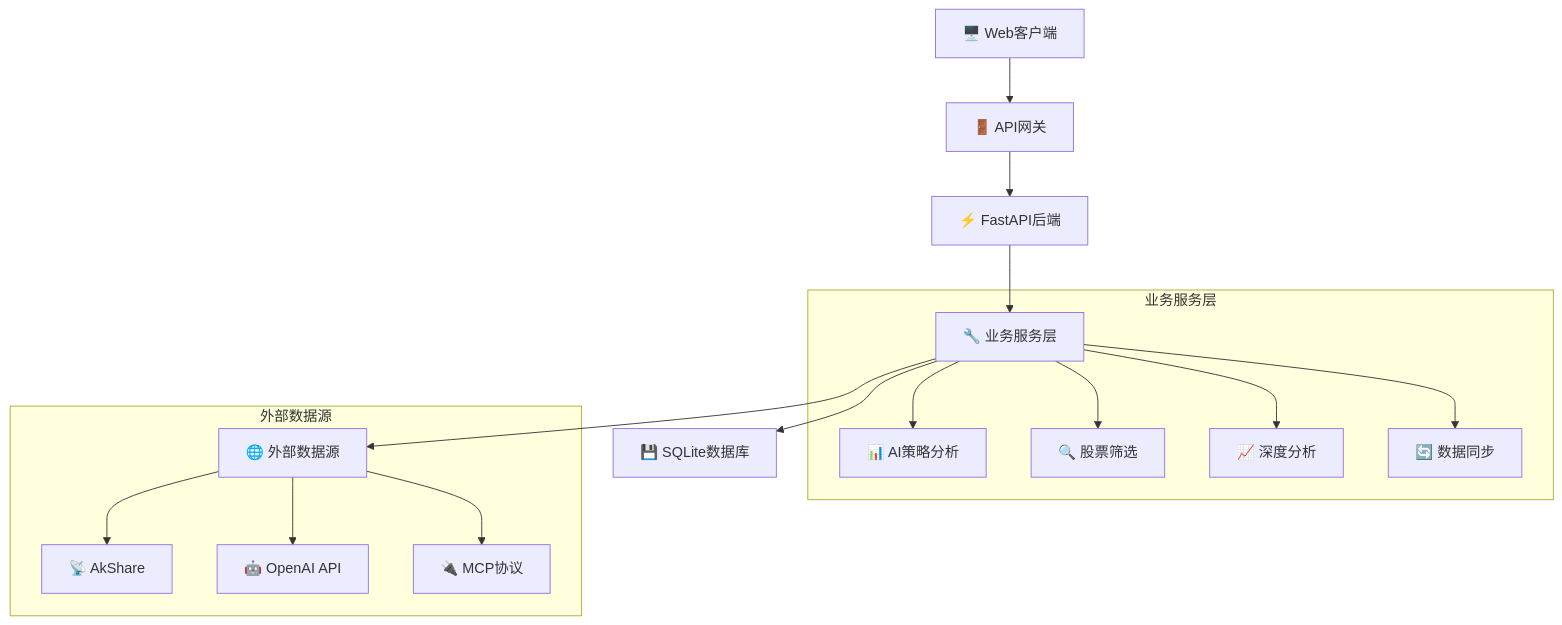
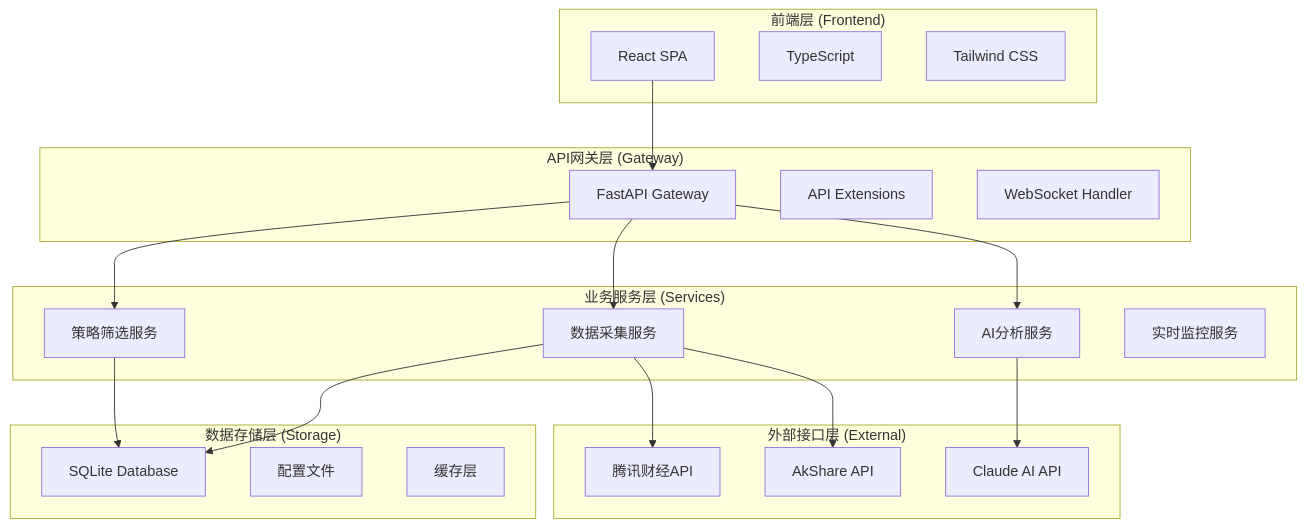
One commit to tianbao424/Claude-made-stock-bot changed the diagram in docs/02-architecture.md. Above: the diagram before and after it, drawn with Mermaid. The commit also changed other lines of this file and 9 other files, not shown here.

````diff
--- a/docs/02-architecture.md
+++ b/docs/02-architecture.md
@@ -7,21 +21,43 @@
 ```mermaid
 graph TB
-    Client[🖥️ Web客户端] --> Gateway[🚪 API网关]
-    Gateway --> Backend[⚡ FastAPI后端]
-    Backend --> Services[🔧 业务服务层]
-    Services --> Database[💾 SQLite数据库]
-    Services --> External[🌐 外部数据源]
-    
-    subgraph "业务服务层"
-        Services --> Strategy[📊 AI策略分析]
-        Services --> Screening[🔍 股票筛选]
-        Services --> DeepAnalysis[📈 深度分析]
-        Services --> DataSync[🔄 数据同步]
+    subgraph "前端层 (Frontend)"
+        A[React SPA]
+        B[TypeScript]
+        C[Tailwind CSS]
     end
     
-    subgraph "外部数据源"
-        External --> AkShare[📡 AkShare]
-        External --> OpenAI[🤖 OpenAI API]
-        External --> MCP[🔌 MCP协议]
+    subgraph "API网关层 (Gateway)"
+        D[FastAPI Gateway]
+        E[API Extensions]
+        F[WebSocket Handler]
     end
+    
+    subgraph "业务服务层 (Services)"
+        G[数据采集服务]
+        H[策略筛选服务]
+        I[AI分析服务]
+        J[实时监控服务]
+    end
+    
+    subgraph "数据存储层 (Storage)"
+        K[SQLite Database]
+        L[配置文件]
+        M[缓存层]
+    end
+    
+    subgraph "外部接口层 (External)"
+        N[腾讯财经API]
+        O[AkShare API]
+        P[Claude AI API]
+    end
+    
+    A --> D
+    D --> G
+    D --> H
+    D --> I
+    G --> N
+    G --> O
+    I --> P
+    H --> K
+    G --> K
 ```
````
